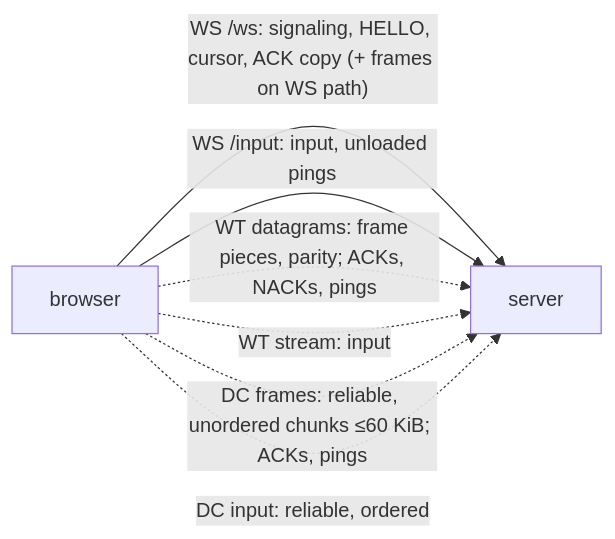
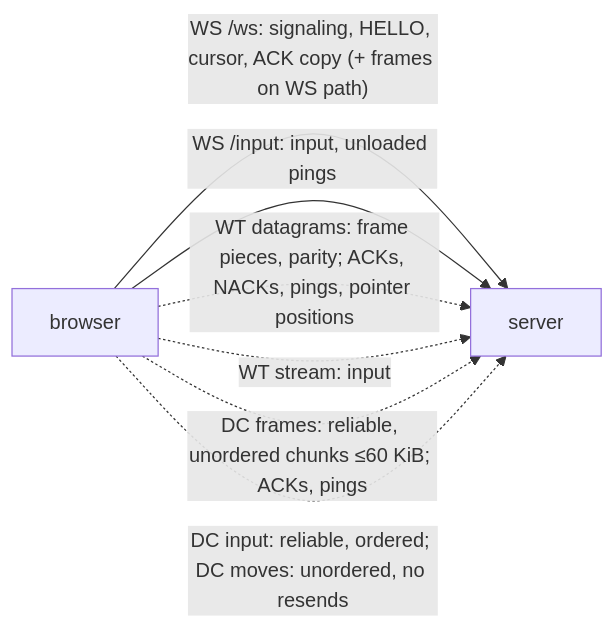
The second of 2 diagrams in docs/ARCHITECTURE.md (victor141516/remothing), drawn with Mermaid before and after one commit. The commit also changed other lines of this file and 11 other files, not shown here.

````diff
--- a/docs/ARCHITECTURE.md
+++ b/docs/ARCHITECTURE.md
@@ -858,9 +873,9 @@
 ```mermaid
 flowchart LR
   B[browser] -- "WS /ws: signaling, HELLO, cursor, ACK copy (+ frames on WS path)" --> S[server]
   B -- "WS /input: input, unloaded pings" --> S
-  B -. "WT datagrams: frame pieces, parity; ACKs, NACKs, pings" .-> S
+  B -. "WT datagrams: frame pieces, parity; ACKs, NACKs, pings, pointer positions" .-> S
   B -. "WT stream: input" .-> S
   B -. "DC frames: reliable, unordered chunks ≤60 KiB; ACKs, pings" .-> S
-  B -. "DC input: reliable, ordered" .-> S
+  B -. "DC input: reliable, ordered; DC moves: unordered, no resends" .-> S
 ```
````
